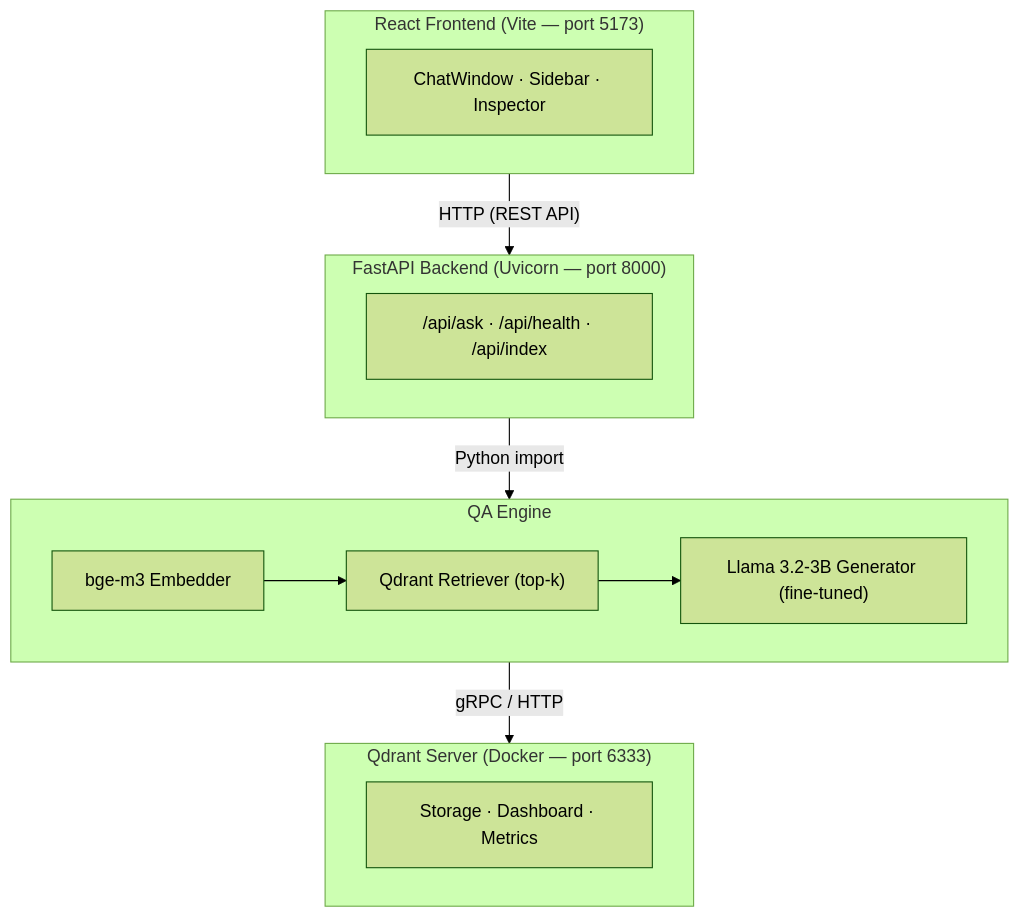
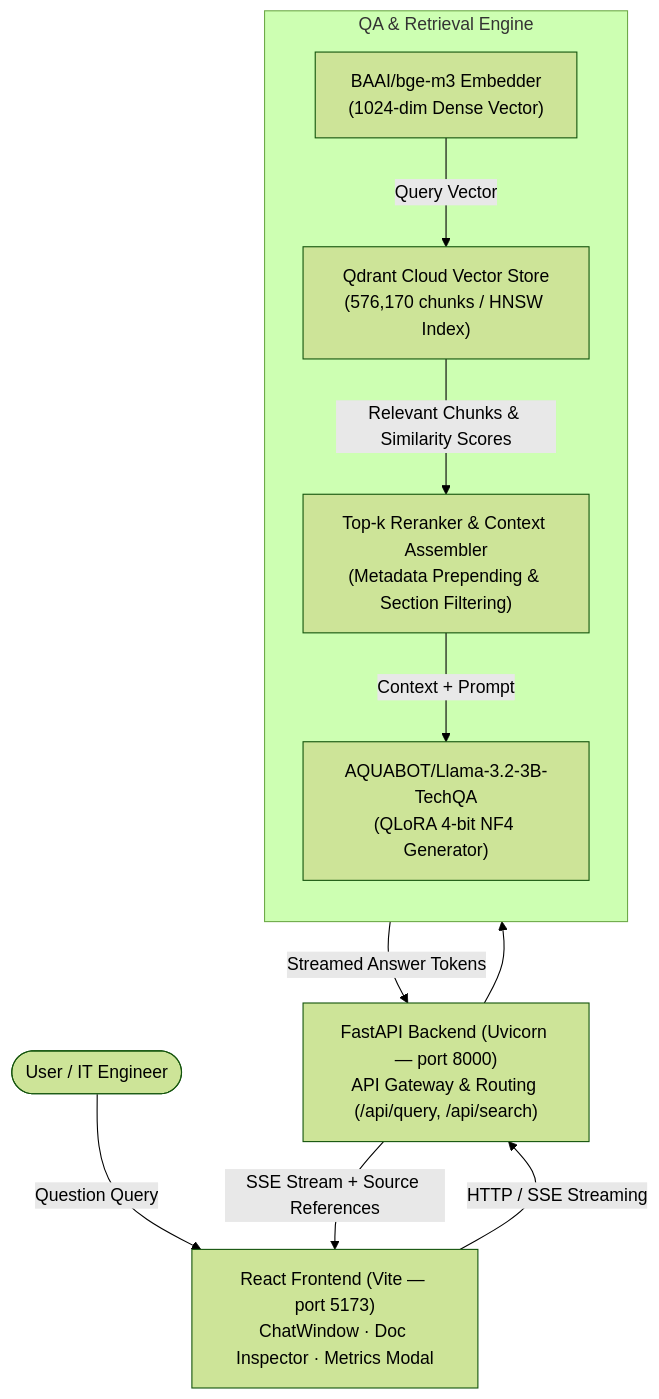
The diagram in README.md (MinhHCMUSsv/qa_nlp_project), drawn with Mermaid (forest theme) before and after one commit. The commit also changed other lines of this file and 1 other file, not shown here.

Commit message:
docs(readme): update README with official Table 3 ablation benchmark, architecture, and team contributions

````diff
--- a/README.md
+++ b/README.md
@@ -65,23 +64,20 @@
 ```mermaid
 flowchart TD
-    subgraph Frontend["React Frontend (Vite — port 5173)"]
-        UI["ChatWindow · Sidebar · Inspector"]
+    User([User / IT Engineer]) -->|Question Query| Frontend["React Frontend (Vite — port 5173)\nChatWindow · Doc Inspector · Metrics Modal"]
+    Frontend -->|HTTP / SSE Streaming| Backend["FastAPI Backend (Uvicorn — port 8000)\nAPI Gateway & Routing (/api/query, /api/search)"]
+
+    subgraph RAG_Engine ["QA & Retrieval Engine"]
+        direction TB
+        BGE["BAAI/bge-m3 Embedder\n(1024-dim Dense Vector)"]
+        QDR["Qdrant Cloud Vector Store\n(576,170 chunks / HNSW Index)"]
+        RERANK["Top-k Reranker & Context Assembler\n(Metadata Prepending & Section Filtering)"]
+        LLM["AQUABOT/Llama-3.2-3B-TechQA\n(QLoRA 4-bit NF4 Generator)"]
     end
 
-    subgraph Backend["FastAPI Backend (Uvicorn — port 8000)"]
-        API["/api/ask · /api/health · /api/index"]
-    end
-
-    subgraph Engine["QA Engine"]
-        direction LR
-        EMB["bge-m3 Embedder"] --> RET["Qdrant Retriever (top-k)"] --> GEN["Llama 3.2-3B Generator (fine-tuned)"]
-    end
-
-    subgraph Qdrant["Qdrant Server (Docker — port 6333)"]
-        QDB["Storage · Dashboard · Metrics"]
-    end
-
-    Frontend -->|"HTTP (REST API)"| Backend
-    Backend -->|"Python import"| Engine
-    RET -->|"gRPC / HTTP"| Qdrant
+    Backend --> BGE
+    BGE -->|Query Vector| QDR
+    QDR -->|Relevant Chunks & Similarity Scores| RERANK
+    RERANK -->|Context + Prompt| LLM
+    LLM -->|Streamed Answer Tokens| Backend
+    Backend -->|SSE Stream + Source References| Frontend
 ```
````
